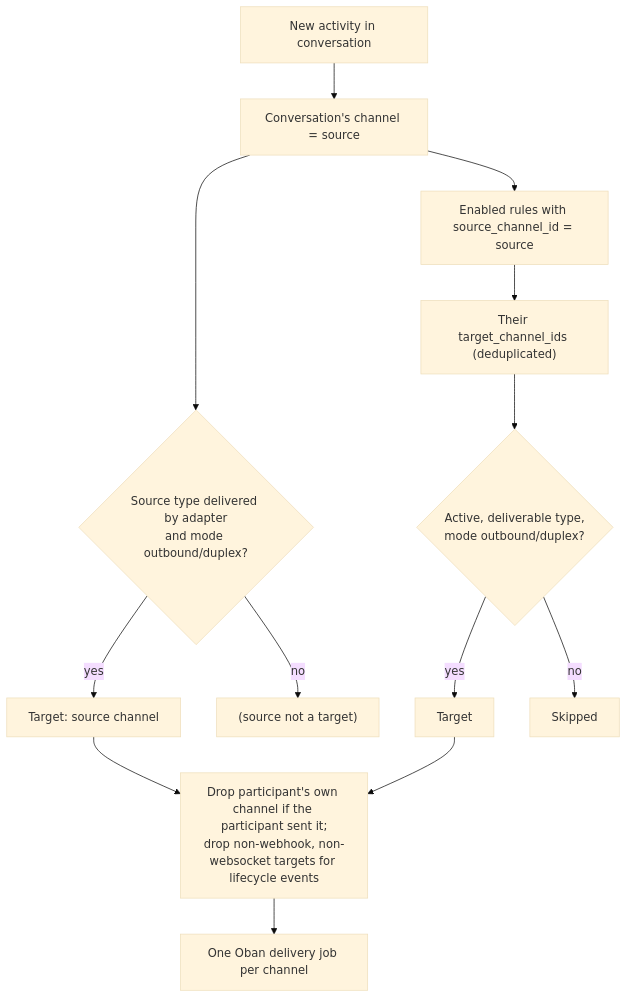
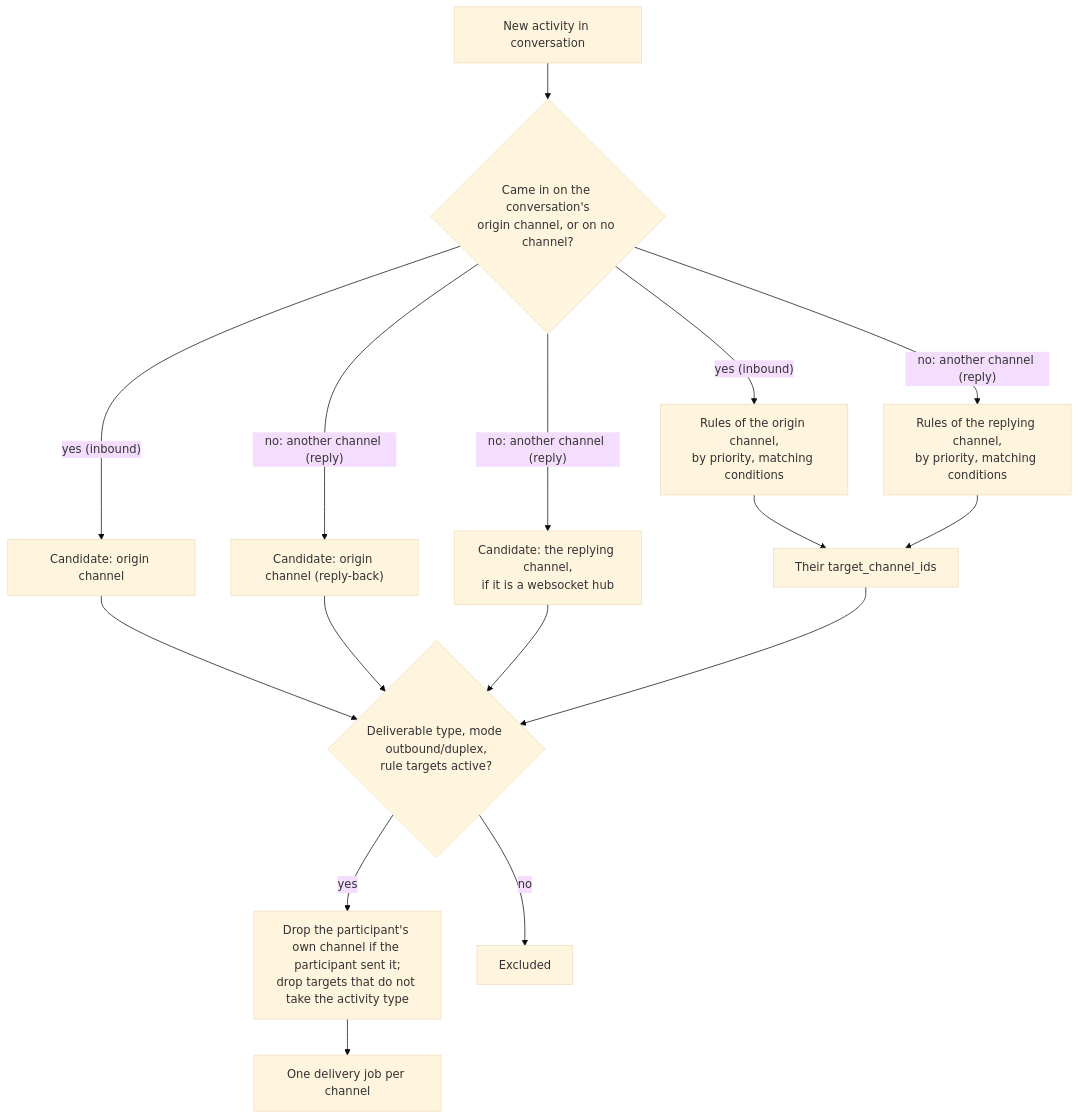
The diagram in docs/concepts/routing-rules.md (AimTune/converger), drawn with Mermaid (base theme) before and after one commit. The commit also changed other lines of this file and 14 other files, not shown here.

Commit message:
docs: conditional routing, reply-back routing, dry-run and ADR-0046

````diff
--- a/docs/concepts/routing-rules.md
+++ b/docs/concepts/routing-rules.md
@@ -45,15 +135,18 @@
 ```mermaid
 flowchart TD
-  A["New activity in conversation"] --> B["Conversation's channel = source"]
-  B --> P{"Source type delivered by adapter<br/>and mode outbound/duplex?"}
-  P -- yes --> T1["Target: source channel"]
-  P -- no --> T0["(source not a target)"]
-  B --> R["Enabled rules with source_channel_id = source"]
-  R --> T2["Their target_channel_ids (deduplicated)"]
-  T2 --> F{"Active, deliverable type,<br/>mode outbound/duplex?"}
-  F -- yes --> T3["Target"]
-  F -- no --> X["Skipped"]
-  T1 --> E["Drop participant's own channel if the participant sent it;<br/>drop non-webhook, non-websocket targets for lifecycle events"]
-  T3 --> E
-  E --> J["One Oban delivery job per channel"]
+  A["New activity in conversation"] --> D{"Came in on the conversation's<br/>origin channel, or on no channel?"}
+  D -- "yes (inbound)" --> O["Candidate: origin channel"]
+  D -- "yes (inbound)" --> R1["Rules of the origin channel,<br/>by priority, matching conditions"]
+  D -- "no: another channel (reply)" --> RB["Candidate: origin channel (reply-back)"]
+  D -- "no: another channel (reply)" --> H["Candidate: the replying channel,<br/>if it is a websocket hub"]
+  D -- "no: another channel (reply)" --> R2["Rules of the replying channel,<br/>by priority, matching conditions"]
+  R1 --> T["Their target_channel_ids"]
+  R2 --> T
+  O --> F{"Deliverable type, mode outbound/duplex,<br/>rule targets active?"}
+  RB --> F
+  H --> F
+  T --> F
+  F -- yes --> E["Drop the participant's own channel if the participant sent it;<br/>drop targets that do not take the activity type"]
+  F -- no --> X["Excluded"]
+  E --> J["One delivery job per channel"]
 ```
````
